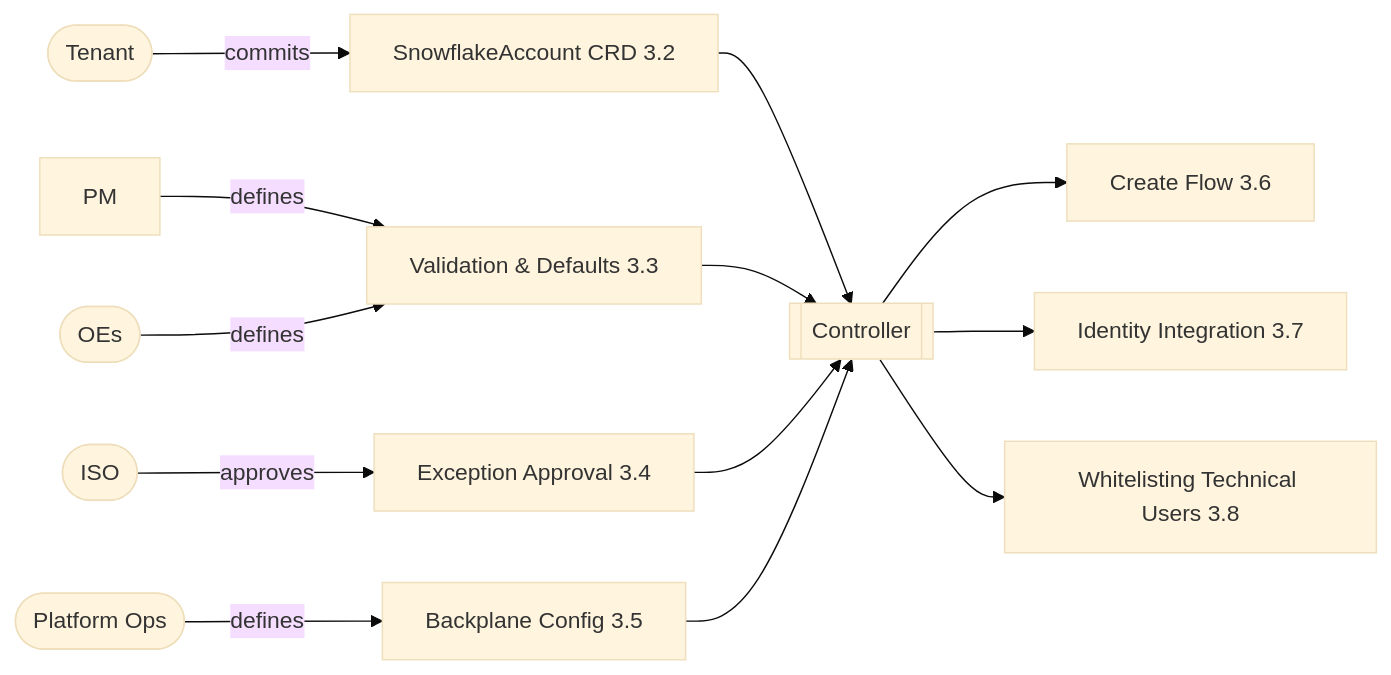
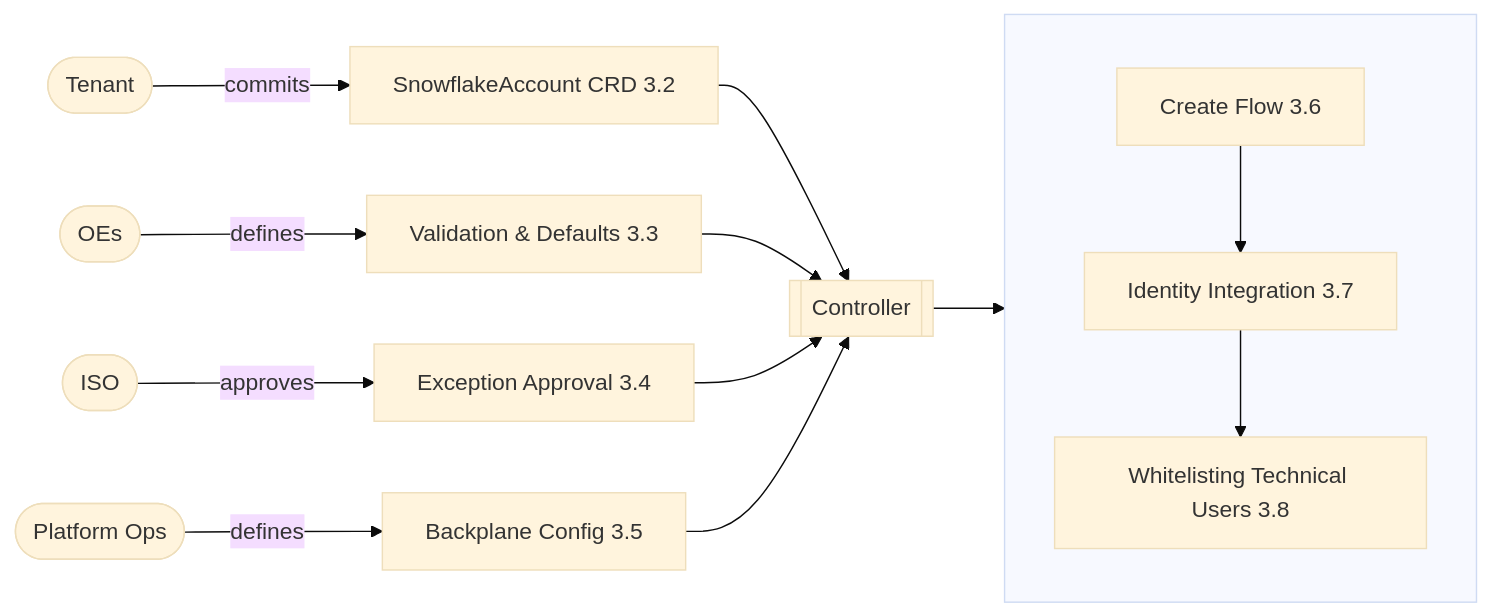
Before and after one commit to allianz/yukimi: the diagram in specs/design.md, drawn with Mermaid (base theme).

Commit message:
added mermaid

````diff
--- a/specs/design.md
+++ b/specs/design.md
@@ -112,16 +112,20 @@
 ```mermaid
 flowchart LR
     Tenant([Tenant]) -->|commits| CRD[SnowflakeAccount CRD 3.2]
-    PM & OEs([OEs]) -->|defines| ValidationRules[Validation & Defaults 3.3]
+    OEs([OEs]) -->|defines| ValidationRules[Validation & Defaults 3.3]
     ISO([ISO]) -->|approves| Exceptions[Exception Approval 3.4]
     Ops([Platform Ops]) -->|defines| BackplaneConfig[Backplane Config 3.5]
 
     CRD --> Controller[[Controller]]
     ValidationRules --> Controller
     Exceptions --> Controller
     BackplaneConfig --> Controller
 
-    Controller --> CreateFlow[Create Flow 3.6]
-    Controller --> IdentityIntegration[Identity Integration 3.7]
-    Controller --> Whitelisting[Whitelisting Technical Users 3.8]
+    Controller --> CreateFlow
+
+    subgraph " "
+        direction TB
+        CreateFlow[Create Flow 3.6] --> IdentityIntegration[Identity Integration 3.7]
+        IdentityIntegration --> Whitelisting[Whitelisting Technical Users 3.8]
+    end
 ```
````
